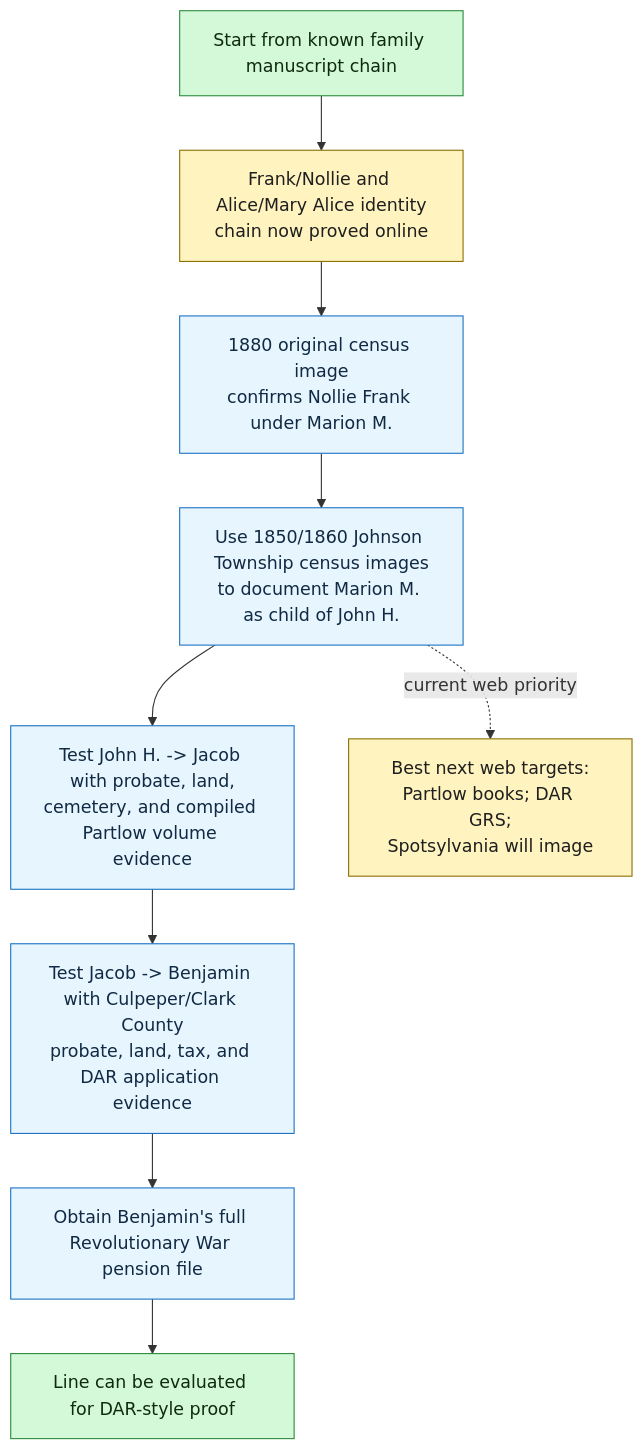
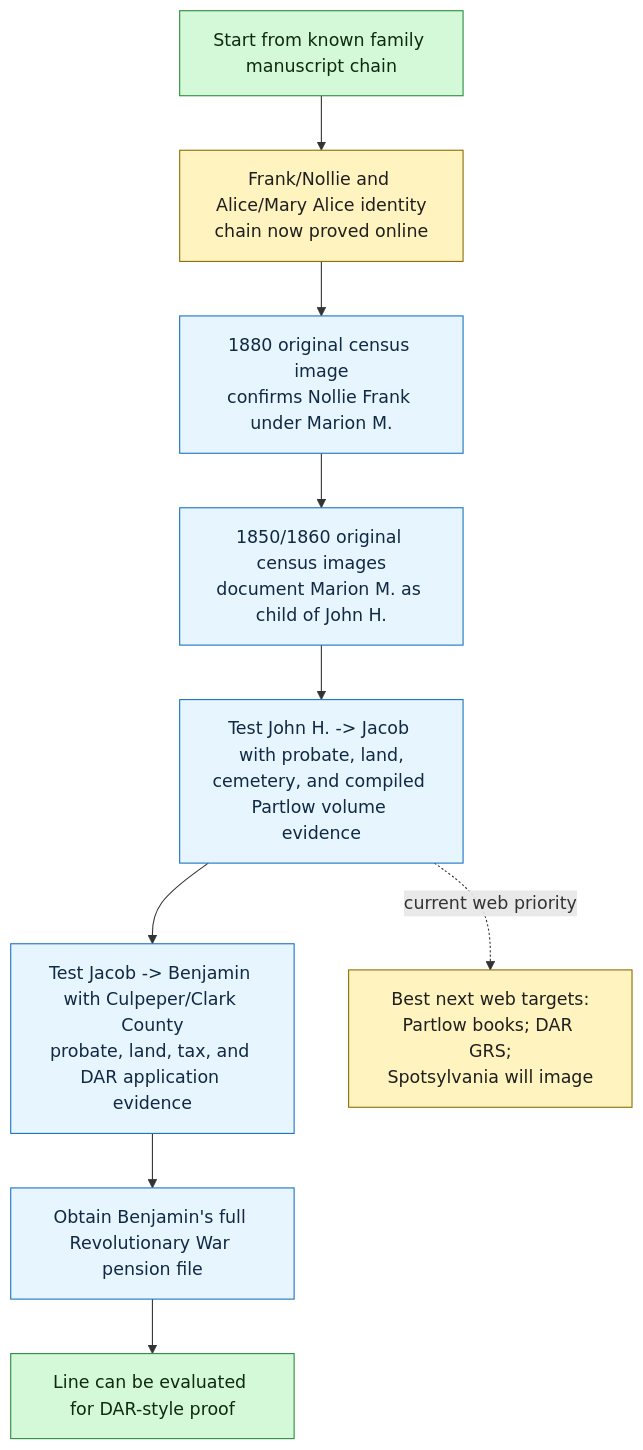
The second of 2 diagrams in RQ-P1-PARTLOW-REVOLUTIONARY-LINE.md (zcopley/copley-family-research), drawn with Mermaid before and after one commit. The commit also changed other lines of this file and 13 other files, not shown here.

Commit message:
Integrate 1850 and 1860 Partlow census images

````diff
--- a/RQ-P1-PARTLOW-REVOLUTIONARY-LINE.md
+++ b/RQ-P1-PARTLOW-REVOLUTIONARY-LINE.md
@@ -244,22 +244,22 @@
 ```mermaid
 flowchart TD
     A["Start from known family manuscript chain"]
     B["Frank/Nollie and Alice/Mary Alice identity<br/>chain now proved online"]
     C["1880 original census image<br/>confirms Nollie Frank under Marion M."]
-    D["Use 1850/1860 Johnson Township census images<br/>to document Marion M. as child of John H."]
+    D["1850/1860 original census images<br/>document Marion M. as child of John H."]
     E["Test John H. -> Jacob with probate, land,<br/>cemetery, and compiled Partlow volume evidence"]
     F["Test Jacob -> Benjamin with Culpeper/Clark County<br/>probate, land, tax, and DAR application evidence"]
     G["Obtain Benjamin's full Revolutionary War pension file"]
     H["Line can be evaluated for DAR-style proof"]
 
     A --> B --> C --> D --> E --> F --> G --> H
-    D -. "current web priority" .-> P["Best next web targets:<br/>Partlow books; DAR GRS;<br/>Spotsylvania will image"]
+    E -. "current web priority" .-> P["Best next web targets:<br/>Partlow books; DAR GRS;<br/>Spotsylvania will image"]
 
     class A,H goal
     class B,P priority
     class C,D,E,F,G action
 
     classDef goal fill:#d3f9d8,stroke:#2b8a3e,color:#102a12;
     classDef priority fill:#fff3bf,stroke:#8a6d00,color:#1f1f1f;
     classDef action fill:#e7f5ff,stroke:#1971c2,color:#102a43;
 ```
````
